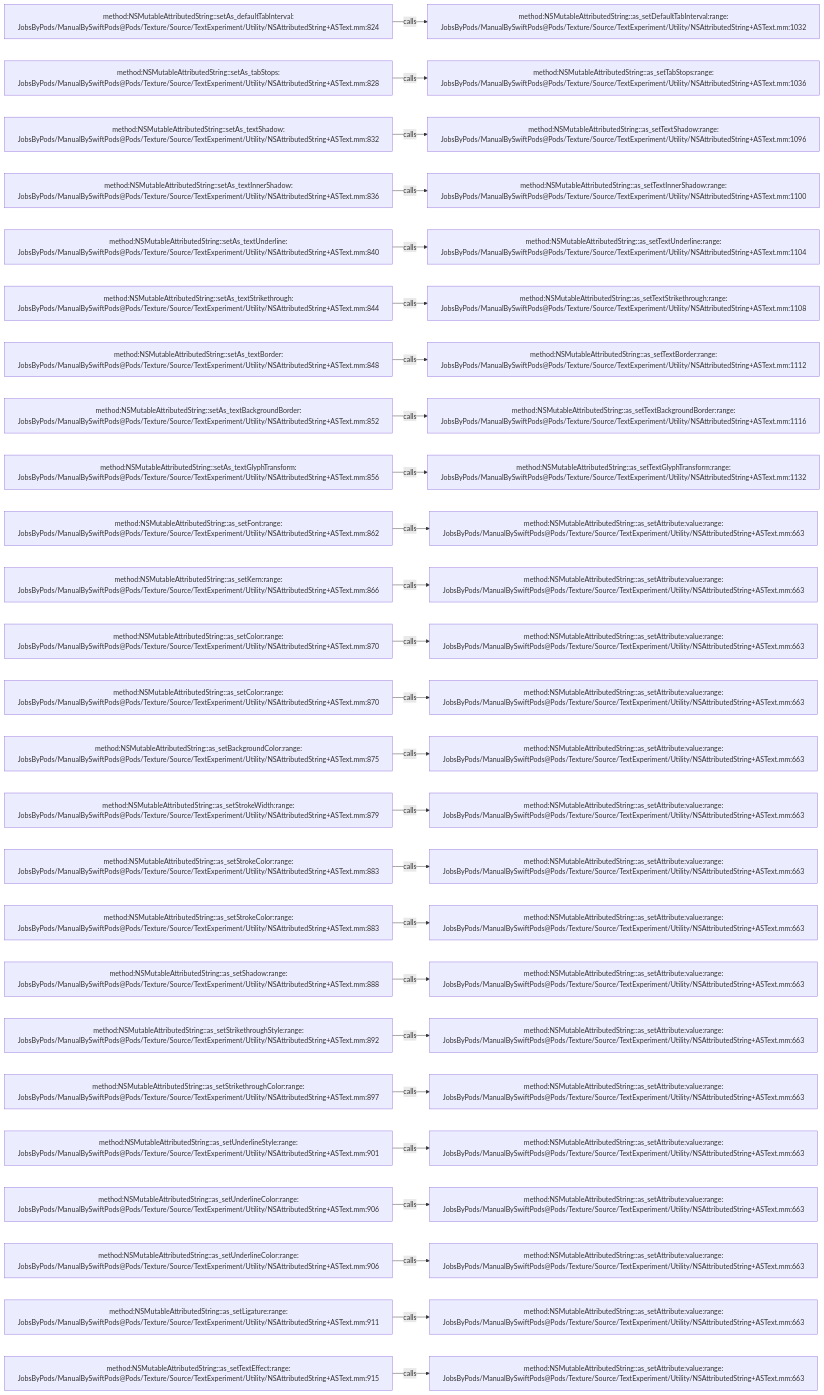
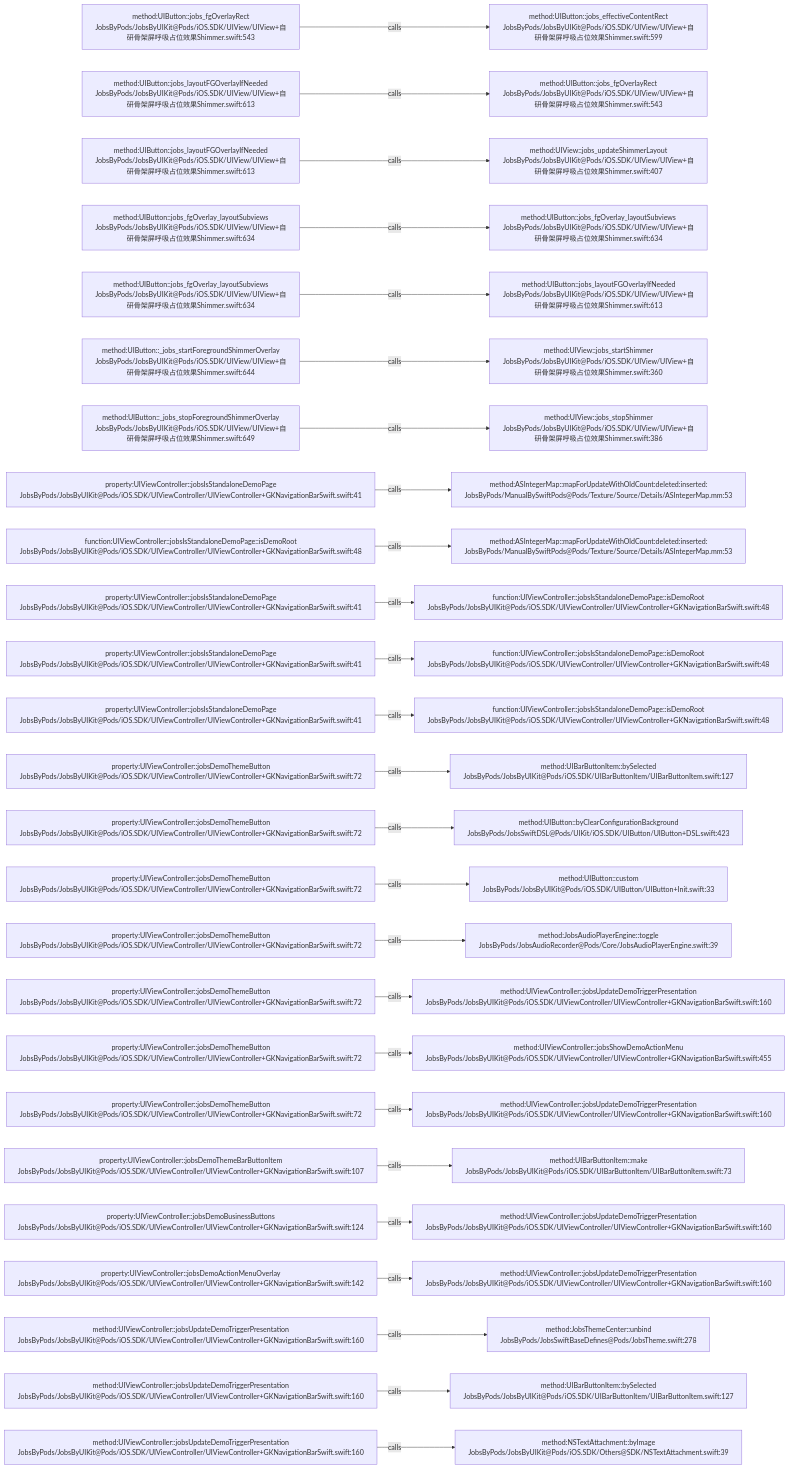
Before and after one commit to JobsKits/JobsSwiftBaseConfigDemo: the diagram in .codegraph/codegraph.md/graphs/calls-145.md, drawn with Mermaid. The commit also changed 224 other files, not shown here.

````diff
--- a/.codegraph/codegraph.md/graphs/calls-145.md
+++ b/.codegraph/codegraph.md/graphs/calls-145.md
@@ -13,78 +13,78 @@
 ```mermaid
 flowchart LR
-  S1["method:NSMutableAttributedString::setAs_defaultTabInterval:<br/>JobsByPods/ManualBySwiftPods@Pods/Texture/Source/TextExperiment/Utility/NSAttributedString+ASText.mm:824"]
-  T1["method:NSMutableAttributedString::as_setDefaultTabInterval:range:<br/>JobsByPods/ManualBySwiftPods@Pods/Texture/Source/TextExperiment/Utility/NSAttributedString+ASText.mm:1032"]
+  S1["method:UIButton::jobs_fgOverlayRect<br/>JobsByPods/JobsByUIKit@Pods/iOS.SDK/UIView/UIView+自研骨架屏呼吸占位效果Shimmer.swift:543"]
+  T1["method:UIButton::jobs_effectiveContentRect<br/>JobsByPods/JobsByUIKit@Pods/iOS.SDK/UIView/UIView+自研骨架屏呼吸占位效果Shimmer.swift:599"]
   S1 -->|calls| T1
-  S2["method:NSMutableAttributedString::setAs_tabStops:<br/>JobsByPods/ManualBySwiftPods@Pods/Texture/Source/TextExperiment/Utility/NSAttributedString+ASText.mm:828"]
-  T2["method:NSMutableAttributedString::as_setTabStops:range:<br/>JobsByPods/ManualBySwiftPods@Pods/Texture/Source/TextExperiment/Utility/NSAttributedString+ASText.mm:1036"]
+  S2["method:UIButton::jobs_layoutFGOverlayIfNeeded<br/>JobsByPods/JobsByUIKit@Pods/iOS.SDK/UIView/UIView+自研骨架屏呼吸占位效果Shimmer.swift:613"]
+  T2["method:UIButton::jobs_fgOverlayRect<br/>JobsByPods/JobsByUIKit@Pods/iOS.SDK/UIView/UIView+自研骨架屏呼吸占位效果Shimmer.swift:543"]
   S2 -->|calls| T2
-  S3["method:NSMutableAttributedString::setAs_textShadow:<br/>JobsByPods/ManualBySwiftPods@Pods/Texture/Source/TextExperiment/Utility/NSAttributedString+ASText.mm:832"]
-  T3["method:NSMutableAttributedString::as_setTextShadow:range:<br/>JobsByPods/ManualBySwiftPods@Pods/Texture/Source/TextExperiment/Utility/NSAttributedString+ASText.mm:1096"]
+  S3["method:UIButton::jobs_layoutFGOverlayIfNeeded<br/>JobsByPods/JobsByUIKit@Pods/iOS.SDK/UIView/UIView+自研骨架屏呼吸占位效果Shimmer.swift:613"]
+  T3["method:UIView::jobs_updateShimmerLayout<br/>JobsByPods/JobsByUIKit@Pods/iOS.SDK/UIView/UIView+自研骨架屏呼吸占位效果Shimmer.swift:407"]
   S3 -->|calls| T3
-  S4["method:NSMutableAttributedString::setAs_textInnerShadow:<br/>JobsByPods/ManualBySwiftPods@Pods/Texture/Source/TextExperiment/Utility/NSAttributedString+ASText.mm:836"]
-  T4["method:NSMutableAttributedString::as_setTextInnerShadow:range:<br/>JobsByPods/ManualBySwiftPods@Pods/Texture/Source/TextExperiment/Utility/NSAttributedString+ASText.mm:1100"]
+  S4["method:UIButton::jobs_fgOverlay_layoutSubviews<br/>JobsByPods/JobsByUIKit@Pods/iOS.SDK/UIView/UIView+自研骨架屏呼吸占位效果Shimmer.swift:634"]
+  T4["method:UIButton::jobs_fgOverlay_layoutSubviews<br/>JobsByPods/JobsByUIKit@Pods/iOS.SDK/UIView/UIView+自研骨架屏呼吸占位效果Shimmer.swift:634"]
   S4 -->|calls| T4
-  S5["method:NSMutableAttributedString::setAs_textUnderline:<br/>JobsByPods/ManualBySwiftPods@Pods/Texture/Source/TextExperiment/Utility/NSAttributedString+ASText.mm:840"]
-  T5["method:NSMutableAttributedString::as_setTextUnderline:range:<br/>JobsByPods/ManualBySwiftPods@Pods/Texture/Source/TextExperiment/Utility/NSAttributedString+ASText.mm:1104"]
+  S5["method:UIButton::jobs_fgOverlay_layoutSubviews<br/>JobsByPods/JobsByUIKit@Pods/iOS.SDK/UIView/UIView+自研骨架屏呼吸占位效果Shimmer.swift:634"]
+  T5["method:UIButton::jobs_layoutFGOverlayIfNeeded<br/>JobsByPods/JobsByUIKit@Pods/iOS.SDK/UIView/UIView+自研骨架屏呼吸占位效果Shimmer.swift:613"]
   S5 -->|calls| T5
-  S6["method:NSMutableAttributedString::setAs_textStrikethrough:<br/>JobsByPods/ManualBySwiftPods@Pods/Texture/Source/TextExperiment/Utility/NSAttributedString+ASText.mm:844"]
-  T6["method:NSMutableAttributedString::as_setTextStrikethrough:range:<br/>JobsByPods/ManualBySwiftPods@Pods/Texture/Source/TextExperiment/Utility/NSAttributedString+ASText.mm:1108"]
+  S6["method:UIButton::_jobs_startForegroundShimmerOverlay<br/>JobsByPods/JobsByUIKit@Pods/iOS.SDK/UIView/UIView+自研骨架屏呼吸占位效果Shimmer.swift:644"]
+  T6["method:UIView::jobs_startShimmer<br/>JobsByPods/JobsByUIKit@Pods/iOS.SDK/UIView/UIView+自研骨架屏呼吸占位效果Shimmer.swift:360"]
   S6 -->|calls| T6
-  S7["method:NSMutableAttributedString::setAs_textBorder:<br/>JobsByPods/ManualBySwiftPods@Pods/Texture/Source/TextExperiment/Utility/NSAttributedString+ASText.mm:848"]
-  T7["method:NSMutableAttributedString::as_setTextBorder:range:<br/>JobsByPods/ManualBySwiftPods@Pods/Texture/Source/TextExperiment/Utility/NSAttributedString+ASText.mm:1112"]
+  S7["method:UIButton::_jobs_stopForegroundShimmerOverlay<br/>JobsByPods/JobsByUIKit@Pods/iOS.SDK/UIView/UIView+自研骨架屏呼吸占位效果Shimmer.swift:649"]
+  T7["method:UIView::jobs_stopShimmer<br/>JobsByPods/JobsByUIKit@Pods/iOS.SDK/UIView/UIView+自研骨架屏呼吸占位效果Shimmer.swift:386"]
   S7 -->|calls| T7
-  S8["method:NSMutableAttributedString::setAs_textBackgroundBorder:<br/>JobsByPods/ManualBySwiftPods@Pods/Texture/Source/TextExperiment/Utility/NSAttributedString+ASText.mm:852"]
-  T8["method:NSMutableAttributedString::as_setTextBackgroundBorder:range:<br/>JobsByPods/ManualBySwiftPods@Pods/Texture/Source/TextExperiment/Utility/NSAttributedString+ASText.mm:1116"]
+  S8["property:UIViewController::jobsIsStandaloneDemoPage<br/>JobsByPods/JobsByUIKit@Pods/iOS.SDK/UIViewController/UIViewController+GKNavigationBarSwift.swift:41"]
+  T8["method:ASIntegerMap::mapForUpdateWithOldCount:deleted:inserted:<br/>JobsByPods/ManualBySwiftPods@Pods/Texture/Source/Details/ASIntegerMap.mm:53"]
   S8 -->|calls| T8
-  S9["method:NSMutableAttributedString::setAs_textGlyphTransform:<br/>JobsByPods/ManualBySwiftPods@Pods/Texture/Source/TextExperiment/Utility/NSAttributedString+ASText.mm:856"]
-  T9["method:NSMutableAttributedString::as_setTextGlyphTransform:range:<br/>JobsByPods/ManualBySwiftPods@Pods/Texture/Source/TextExperiment/Utility/NSAttributedString+ASText.mm:1132"]
+  S9["function:UIViewController::jobsIsStandaloneDemoPage::isDemoRoot<br/>JobsByPods/JobsByUIKit@Pods/iOS.SDK/UIViewController/UIViewController+GKNavigationBarSwift.swift:48"]
+  T9["method:ASIntegerMap::mapForUpdateWithOldCount:deleted:inserted:<br/>JobsByPods/ManualBySwiftPods@Pods/Texture/Source/Details/ASIntegerMap.mm:53"]
   S9 -->|calls| T9
-  S10["method:NSMutableAttributedString::as_setFont:range:<br/>JobsByPods/ManualBySwiftPods@Pods/Texture/Source/TextExperiment/Utility/NSAttributedString+ASText.mm:862"]
-  T10["method:NSMutableAttributedString::as_setAttribute:value:range:<br/>JobsByPods/ManualBySwiftPods@Pods/Texture/Source/TextExperiment/Utility/NSAttributedString+ASText.mm:663"]
+  S10["property:UIViewController::jobsIsStandaloneDemoPage<br/>JobsByPods/JobsByUIKit@Pods/iOS.SDK/UIViewController/UIViewController+GKNavigationBarSwift.swift:41"]
+  T10["function:UIViewController::jobsIsStandaloneDemoPage::isDemoRoot<br/>JobsByPods/JobsByUIKit@Pods/iOS.SDK/UIViewController/UIViewController+GKNavigationBarSwift.swift:48"]
   S10 -->|calls| T10
-  S11["method:NSMutableAttributedString::as_setKern:range:<br/>JobsByPods/ManualBySwiftPods@Pods/Texture/Source/TextExperiment/Utility/NSAttributedString+ASText.mm:866"]
-  T11["method:NSMutableAttributedString::as_setAttribute:value:range:<br/>JobsByPods/ManualBySwiftPods@Pods/Texture/Source/TextExperiment/Utility/NSAttributedString+ASText.mm:663"]
+  S11["property:UIViewController::jobsIsStandaloneDemoPage<br/>JobsByPods/JobsByUIKit@Pods/iOS.SDK/UIViewController/UIViewController+GKNavigationBarSwift.swift:41"]
+  T11["function:UIViewController::jobsIsStandaloneDemoPage::isDemoRoot<br/>JobsByPods/JobsByUIKit@Pods/iOS.SDK/UIViewController/UIViewController+GKNavigationBarSwift.swift:48"]
   S11 -->|calls| T11
-  S12["method:NSMutableAttributedString::as_setColor:range:<br/>JobsByPods/ManualBySwiftPods@Pods/Texture/Source/TextExperiment/Utility/NSAttributedString+ASText.mm:870"]
-  T12["method:NSMutableAttributedString::as_setAttribute:value:range:<br/>JobsByPods/ManualBySwiftPods@Pods/Texture/Source/TextExperiment/Utility/NSAttributedString+ASText.mm:663"]
+  S12["property:UIViewController::jobsIsStandaloneDemoPage<br/>JobsByPods/JobsByUIKit@Pods/iOS.SDK/UIViewController/UIViewController+GKNavigationBarSwift.swift:41"]
+  T12["function:UIViewController::jobsIsStandaloneDemoPage::isDemoRoot<br/>JobsByPods/JobsByUIKit@Pods/iOS.SDK/UIViewController/UIViewController+GKNavigationBarSwift.swift:48"]
   S12 -->|calls| T12
-  S13["method:NSMutableAttributedString::as_setColor:range:<br/>JobsByPods/ManualBySwiftPods@Pods/Texture/Source/TextExperiment/Utility/NSAttributedString+ASText.mm:870"]
-  T13["method:NSMutableAttributedString::as_setAttribute:value:range:<br/>JobsByPods/ManualBySwiftPods@Pods/Texture/Source/TextExperiment/Utility/NSAttributedString+ASText.mm:663"]
+  S13["property:UIViewController::jobsDemoThemeButton<br/>JobsByPods/JobsByUIKit@Pods/iOS.SDK/UIViewController/UIViewController+GKNavigationBarSwift.swift:72"]
+  T13["method:UIBarButtonItem::bySelected<br/>JobsByPods/JobsByUIKit@Pods/iOS.SDK/UIBarButtonItem/UIBarButtonItem.swift:127"]
   S13 -->|calls| T13
-  S14["method:NSMutableAttributedString::as_setBackgroundColor:range:<br/>JobsByPods/ManualBySwiftPods@Pods/Texture/Source/TextExperiment/Utility/NSAttributedString+ASText.mm:875"]
-  T14["method:NSMutableAttributedString::as_setAttribute:value:range:<br/>JobsByPods/ManualBySwiftPods@Pods/Texture/Source/TextExperiment/Utility/NSAttributedString+ASText.mm:663"]
+  S14["property:UIViewController::jobsDemoThemeButton<br/>JobsByPods/JobsByUIKit@Pods/iOS.SDK/UIViewController/UIViewController+GKNavigationBarSwift.swift:72"]
+  T14["method:UIButton::byClearConfigurationBackground<br/>JobsByPods/JobsSwiftDSL@Pods/UIKit/iOS.SDK/UIButton/UIButton+DSL.swift:423"]
   S14 -->|calls| T14
-  S15["method:NSMutableAttributedString::as_setStrokeWidth:range:<br/>JobsByPods/ManualBySwiftPods@Pods/Texture/Source/TextExperiment/Utility/NSAttributedString+ASText.mm:879"]
-  T15["method:NSMutableAttributedString::as_setAttribute:value:range:<br/>JobsByPods/ManualBySwiftPods@Pods/Texture/Source/TextExperiment/Utility/NSAttributedString+ASText.mm:663"]
+  S15["property:UIViewController::jobsDemoThemeButton<br/>JobsByPods/JobsByUIKit@Pods/iOS.SDK/UIViewController/UIViewController+GKNavigationBarSwift.swift:72"]
+  T15["method:UIButton::custom<br/>JobsByPods/JobsByUIKit@Pods/iOS.SDK/UIButton/UIButton+Init.swift:33"]
   S15 -->|calls| T15
-  S16["method:NSMutableAttributedString::as_setStrokeColor:range:<br/>JobsByPods/ManualBySwiftPods@Pods/Texture/Source/TextExperiment/Utility/NSAttributedString+ASText.mm:883"]
-  T16["method:NSMutableAttributedString::as_setAttribute:value:range:<br/>JobsByPods/ManualBySwiftPods@Pods/Texture/Source/TextExperiment/Utility/NSAttributedString+ASText.mm:663"]
+  S16["property:UIViewController::jobsDemoThemeButton<br/>JobsByPods/JobsByUIKit@Pods/iOS.SDK/UIViewController/UIViewController+GKNavigationBarSwift.swift:72"]
+  T16["method:JobsAudioPlayerEngine::toggle<br/>JobsByPods/JobsAudioRecorder@Pods/Core/JobsAudioPlayerEngine.swift:39"]
   S16 -->|calls| T16
-  S17["method:NSMutableAttributedString::as_setStrokeColor:range:<br/>JobsByPods/ManualBySwiftPods@Pods/Texture/Source/TextExperiment/Utility/NSAttributedString+ASText.mm:883"]
-  T17["method:NSMutableAttributedString::as_setAttribute:value:range:<br/>JobsByPods/ManualBySwiftPods@Pods/Texture/Source/TextExperiment/Utility/NSAttributedString+ASText.mm:663"]
+  S17["property:UIViewController::jobsDemoThemeButton<br/>JobsByPods/JobsByUIKit@Pods/iOS.SDK/UIViewController/UIViewController+GKNavigationBarSwift.swift:72"]
+  T17["method:UIViewController::jobsUpdateDemoTriggerPresentation<br/>JobsByPods/JobsByUIKit@Pods/iOS.SDK/UIViewController/UIViewController+GKNavigationBarSwift.swift:160"]
   S17 -->|calls| T17
-  S18["method:NSMutableAttributedString::as_setShadow:range:<br/>JobsByPods/ManualBySwiftPods@Pods/Texture/Source/TextExperiment/Utility/NSAttributedString+ASText.mm:888"]
-  T18["method:NSMutableAttributedString::as_setAttribute:value:range:<br/>JobsByPods/ManualBySwiftPods@Pods/Texture/Source/TextExperiment/Utility/NSAttributedString+ASText.mm:663"]
+  S18["property:UIViewController::jobsDemoThemeButton<br/>JobsByPods/JobsByUIKit@Pods/iOS.SDK/UIViewController/UIViewController+GKNavigationBarSwift.swift:72"]
+  T18["method:UIViewController::jobsShowDemoActionMenu<br/>JobsByPods/JobsByUIKit@Pods/iOS.SDK/UIViewController/UIViewController+GKNavigationBarSwift.swift:455"]
   S18 -->|calls| T18
-  S19["method:NSMutableAttributedString::as_setStrikethroughStyle:range:<br/>JobsByPods/ManualBySwiftPods@Pods/Texture/Source/TextExperiment/Utility/NSAttributedString+ASText.mm:892"]
-  T19["method:NSMutableAttributedString::as_setAttribute:value:range:<br/>JobsByPods/ManualBySwiftPods@Pods/Texture/Source/TextExperiment/Utility/NSAttributedString+ASText.mm:663"]
+  S19["property:UIViewController::jobsDemoThemeButton<br/>JobsByPods/JobsByUIKit@Pods/iOS.SDK/UIViewController/UIViewController+GKNavigationBarSwift.swift:72"]
+  T19["method:UIViewController::jobsUpdateDemoTriggerPresentation<br/>JobsByPods/JobsByUIKit@Pods/iOS.SDK/UIViewController/UIViewController+GKNavigationBarSwift.swift:160"]
   S19 -->|calls| T19
-  S20["method:NSMutableAttributedString::as_setStrikethroughColor:range:<br/>JobsByPods/ManualBySwiftPods@Pods/Texture/Source/TextExperiment/Utility/NSAttributedString+ASText.mm:897"]
-  T20["method:NSMutableAttributedString::as_setAttribute:value:range:<br/>JobsByPods/ManualBySwiftPods@Pods/Texture/Source/TextExperiment/Utility/NSAttributedString+ASText.mm:663"]
+  S20["property:UIViewController::jobsDemoThemeBarButtonItem<br/>JobsByPods/JobsByUIKit@Pods/iOS.SDK/UIViewController/UIViewController+GKNavigationBarSwift.swift:107"]
+  T20["method:UIBarButtonItem::make<br/>JobsByPods/JobsByUIKit@Pods/iOS.SDK/UIBarButtonItem/UIBarButtonItem.swift:73"]
   S20 -->|calls| T20
-  S21["method:NSMutableAttributedString::as_setUnderlineStyle:range:<br/>JobsByPods/ManualBySwiftPods@Pods/Texture/Source/TextExperiment/Utility/NSAttributedString+ASText.mm:901"]
-  T21["method:NSMutableAttributedString::as_setAttribute:value:range:<br/>JobsByPods/ManualBySwiftPods@Pods/Texture/Source/TextExperiment/Utility/NSAttributedString+ASText.mm:663"]
+  S21["property:UIViewController::jobsDemoBusinessButtons<br/>JobsByPods/JobsByUIKit@Pods/iOS.SDK/UIViewController/UIViewController+GKNavigationBarSwift.swift:124"]
+  T21["method:UIViewController::jobsUpdateDemoTriggerPresentation<br/>JobsByPods/JobsByUIKit@Pods/iOS.SDK/UIViewController/UIViewController+GKNavigationBarSwift.swift:160"]
   S21 -->|calls| T21
-  S22["method:NSMutableAttributedString::as_setUnderlineColor:range:<br/>JobsByPods/ManualBySwiftPods@Pods/Texture/Source/TextExperiment/Utility/NSAttributedString+ASText.mm:906"]
-  T22["method:NSMutableAttributedString::as_setAttribute:value:range:<br/>JobsByPods/ManualBySwiftPods@Pods/Texture/Source/TextExperiment/Utility/NSAttributedString+ASText.mm:663"]
+  S22["property:UIViewController::jobsDemoActionMenuOverlay<br/>JobsByPods/JobsByUIKit@Pods/iOS.SDK/UIViewController/UIViewController+GKNavigationBarSwift.swift:142"]
+  T22["method:UIViewController::jobsUpdateDemoTriggerPresentation<br/>JobsByPods/JobsByUIKit@Pods/iOS.SDK/UIViewController/UIViewController+GKNavigationBarSwift.swift:160"]
   S22 -->|calls| T22
-  S23["method:NSMutableAttributedString::as_setUnderlineColor:range:<br/>JobsByPods/ManualBySwiftPods@Pods/Texture/Source/TextExperiment/Utility/NSAttributedString+ASText.mm:906"]
-  T23["method:NSMutableAttributedString::as_setAttribute:value:range:<br/>JobsByPods/ManualBySwiftPods@Pods/Texture/Source/TextExperiment/Utility/NSAttributedString+ASText.mm:663"]
+  S23["method:UIViewController::jobsUpdateDemoTriggerPresentation<br/>JobsByPods/JobsByUIKit@Pods/iOS.SDK/UIViewController/UIViewController+GKNavigationBarSwift.swift:160"]
+  T23["method:JobsThemeCenter::unbind<br/>JobsByPods/JobsSwiftBaseDefines@Pods/JobsTheme.swift:278"]
   S23 -->|calls| T23
-  S24["method:NSMutableAttributedString::as_setLigature:range:<br/>JobsByPods/ManualBySwiftPods@Pods/Texture/Source/TextExperiment/Utility/NSAttributedString+ASText.mm:911"]
-  T24["method:NSMutableAttributedString::as_setAttribute:value:range:<br/>JobsByPods/ManualBySwiftPods@Pods/Texture/Source/TextExperiment/Utility/NSAttributedString+ASText.mm:663"]
+  S24["method:UIViewController::jobsUpdateDemoTriggerPresentation<br/>JobsByPods/JobsByUIKit@Pods/iOS.SDK/UIViewController/UIViewController+GKNavigationBarSwift.swift:160"]
+  T24["method:UIBarButtonItem::bySelected<br/>JobsByPods/JobsByUIKit@Pods/iOS.SDK/UIBarButtonItem/UIBarButtonItem.swift:127"]
   S24 -->|calls| T24
-  S25["method:NSMutableAttributedString::as_setTextEffect:range:<br/>JobsByPods/ManualBySwiftPods@Pods/Texture/Source/TextExperiment/Utility/NSAttributedString+ASText.mm:915"]
-  T25["method:NSMutableAttributedString::as_setAttribute:value:range:<br/>JobsByPods/ManualBySwiftPods@Pods/Texture/Source/TextExperiment/Utility/NSAttributedString+ASText.mm:663"]
+  S25["method:UIViewController::jobsUpdateDemoTriggerPresentation<br/>JobsByPods/JobsByUIKit@Pods/iOS.SDK/UIViewController/UIViewController+GKNavigationBarSwift.swift:160"]
+  T25["method:NSTextAttachment::byImage<br/>JobsByPods/JobsByUIKit@Pods/iOS.SDK/Others@SDK/NSTextAttachment.swift:39"]
   S25 -->|calls| T25
 ```
````
